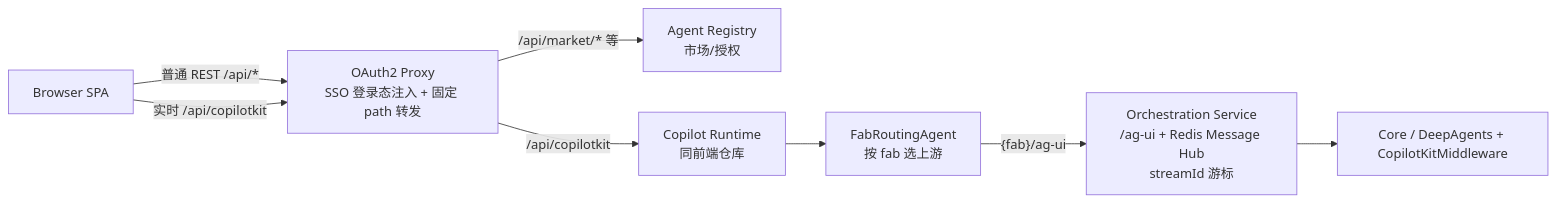
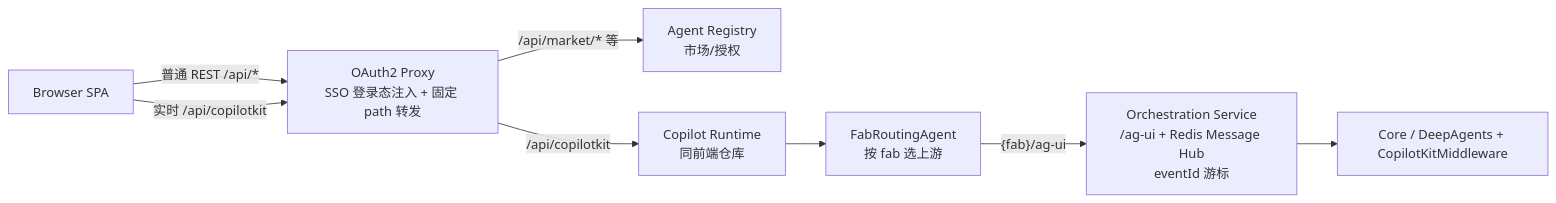
The second of 2 diagrams in docs/agentdock/design/15-orchestration-integration-guide.md (CurrentTi1024/AgentDock), drawn with Mermaid before and after one commit. The commit also changed other lines of this file and 60 other files, not shown here.

````diff
--- a/docs/agentdock/design/15-orchestration-integration-guide.md
+++ b/docs/agentdock/design/15-orchestration-integration-guide.md
@@ -43,17 +43,17 @@
 ```mermaid
 flowchart LR
   B["Browser SPA"]
   P["OAuth2 Proxy<br/>SSO 登录态注入 + 固定 path 转发"]
   A["Agent Registry<br/>市场/授权"]
   R["Copilot Runtime<br/>同前端仓库"]
   F["FabRoutingAgent<br/>按 fab 选上游"]
-  O["Orchestration Service<br/>/ag-ui + Redis Message Hub<br/>streamId 游标"]
+  O["Orchestration Service<br/>/ag-ui + Redis Message Hub<br/>eventId 游标"]
   C["Core / DeepAgents + CopilotKitMiddleware"]
   B -->|"普通 REST /api/*"| P
   B -->|"实时 /api/copilotkit"| P
   P -->|"/api/market/* 等"| A
   P -->|"/api/copilotkit"| R
   R --> F
   F -->|"{fab}/ag-ui"| O
   O --> C
 ```
````
